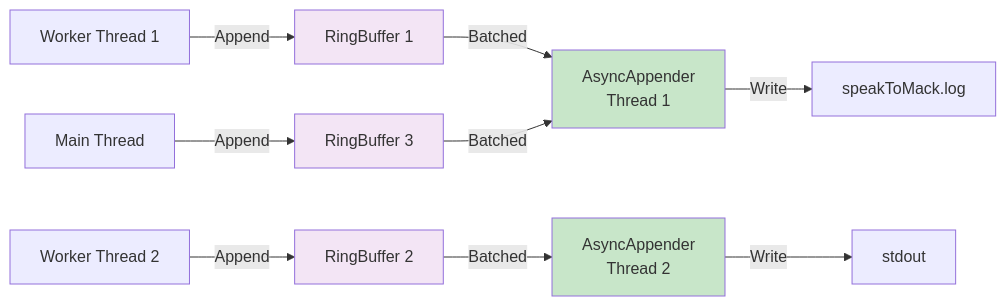
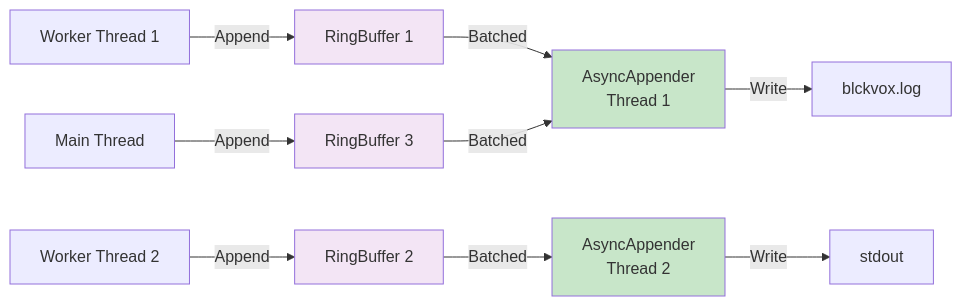
Diagram 15 of 15 in docs/diagrams/thread-model-concurrency.md (phillippitts/speakToMack), drawn with Mermaid before and after one commit. The commit also changed 482 other files, not shown here.

````diff
--- a/docs/diagrams/thread-model-concurrency.md
+++ b/docs/diagrams/thread-model-concurrency.md
@@ -476,19 +476,19 @@
 ```mermaid
 flowchart LR
     Worker1[Worker Thread 1] -->|Append| Ring1[RingBuffer 1]
     Worker2[Worker Thread 2] -->|Append| Ring2[RingBuffer 2]
     Main[Main Thread] -->|Append| Ring3[RingBuffer 3]
 
     Ring1 -->|Batched| Async1[AsyncAppender<br/>Thread 1]
     Ring2 -->|Batched| Async2[AsyncAppender<br/>Thread 2]
     Ring3 -->|Batched| Async1
 
-    Async1 -->|Write| File[speakToMack.log]
+    Async1 -->|Write| File[blckvox.log]
     Async2 -->|Write| Console[stdout]
 
     style Ring1 fill:#f3e5f5
     style Ring2 fill:#f3e5f5
     style Ring3 fill:#f3e5f5
     style Async1 fill:#c8e6c9
     style Async2 fill:#c8e6c9
 ```
````
